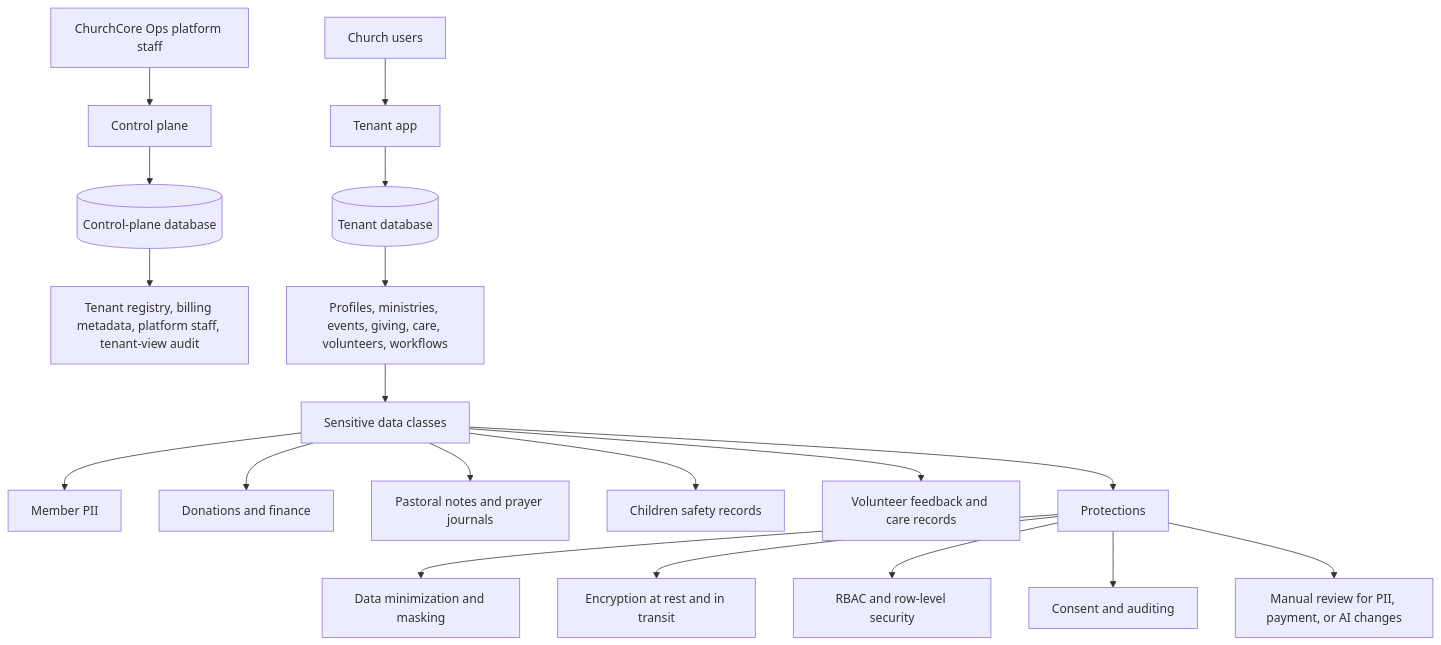
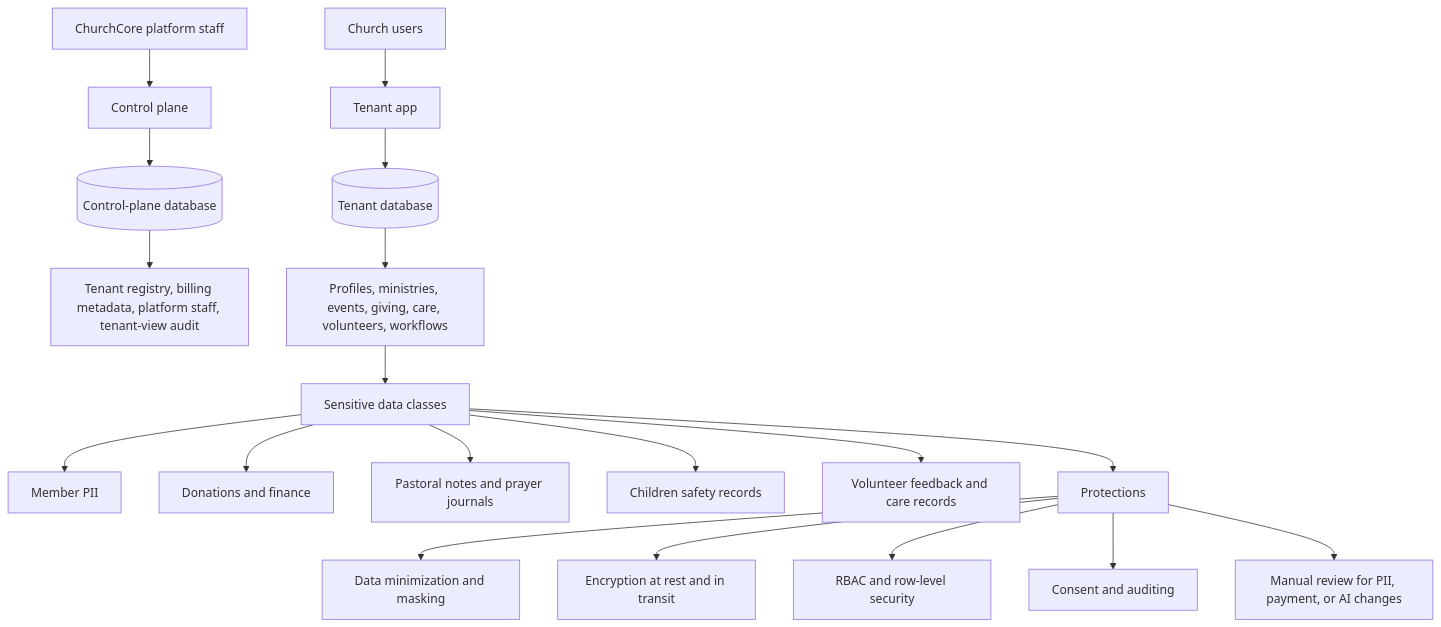
The third of 4 diagrams in docs/development-plan-visual.md (ricardojjulia/ChurchCore), drawn with Mermaid before and after one commit. The commit also changed other lines of this file and 98 other files, not shown here.

Commit message:
chore: rename product branding to ChurchCore

````diff
--- a/docs/development-plan-visual.md
+++ b/docs/development-plan-visual.md
@@ -72,25 +72,25 @@
 ```mermaid
 flowchart TB
-  platform[ChurchCore Ops platform staff] --> control[Control plane]
+  platform[ChurchCore platform staff] --> control[Control plane]
   church[Church users] --> tenant[Tenant app]
 
   control --> controlDb[(Control-plane database)]
   tenant --> tenantDb[(Tenant database)]
 
   controlDb --> controlData[Tenant registry, billing metadata, platform staff, tenant-view audit]
   tenantDb --> tenantData[Profiles, ministries, events, giving, care, volunteers, workflows]
 
   tenantData --> sensitive[Sensitive data classes]
   sensitive --> pii[Member PII]
   sensitive --> giving[Donations and finance]
   sensitive --> pastoral[Pastoral notes and prayer journals]
   sensitive --> child[Children safety records]
   sensitive --> care[Volunteer feedback and care records]
 
   sensitive --> protections[Protections]
   protections --> minimization[Data minimization and masking]
   protections --> encryption[Encryption at rest and in transit]
   protections --> rls[RBAC and row-level security]
   protections --> consent[Consent and auditing]
   protections --> review[Manual review for PII, payment, or AI changes]
 ```
````
